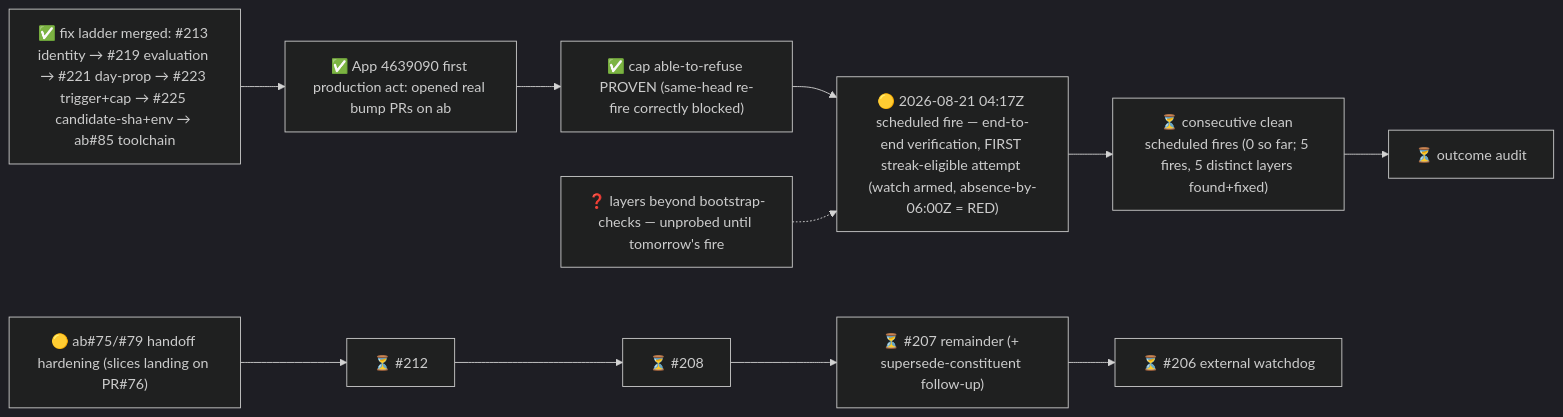
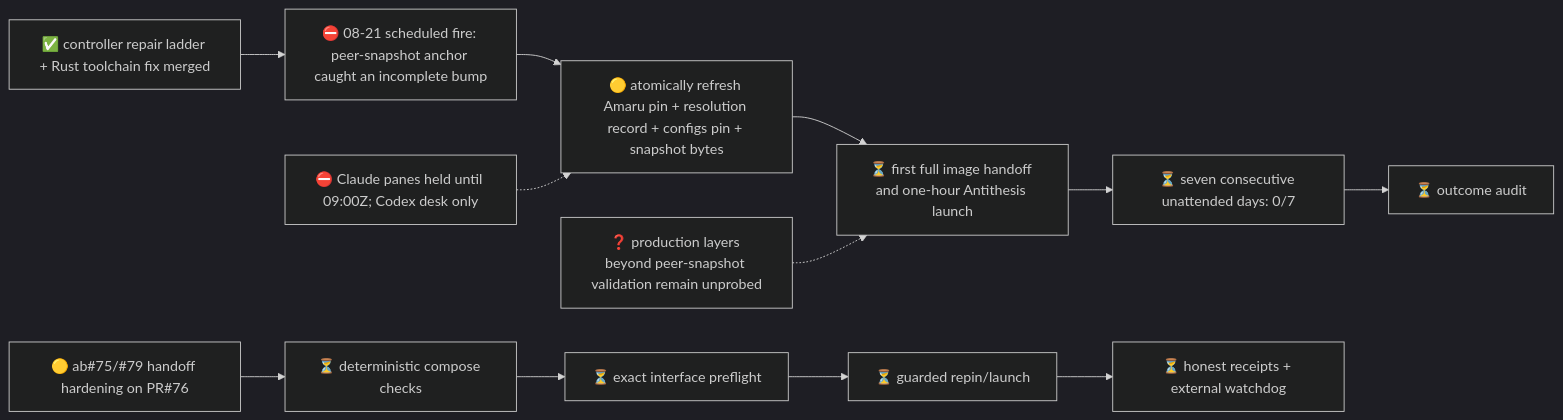
One commit to cardano-foundation/cardano-node-antithesis changed the diagram in .milestones/2/state.md. Above: the diagram before and after it, drawn with Mermaid (dark theme). The commit also changed other lines of this file and 6 other files, not shown here.

````diff
--- a/.milestones/2/state.md
+++ b/.milestones/2/state.md
@@ -6,9 +6,9 @@
 ```mermaid
 flowchart LR
-    fixes["✅ fix ladder merged: #213 identity → #219 evaluation → #221 day-prop → #223 trigger+cap → #225 candidate-sha+env → ab#85 toolchain"] --> app["✅ App 4639090 first production act: opened real bump PRs on ab"]
-    app --> cap["✅ cap able-to-refuse PROVEN (same-head re-fire correctly blocked)"]
-    cap --> fire3["🟡 2026-08-21 04:17Z scheduled fire — end-to-end verification, FIRST streak-eligible attempt (watch armed, absence-by-06:00Z = RED)"]
-    fire3 --> streak["⏳ consecutive clean scheduled fires (0 so far; 5 fires, 5 distinct layers found+fixed)"] --> audit["⏳ outcome audit"]
-    t75["🟡 ab#75/#79 handoff hardening (slices landing on PR#76)"] --> e212["⏳ #212"] --> e208["⏳ #208"] --> e207["⏳ #207 remainder (+ supersede-constituent follow-up)"] --> e206["⏳ #206 external watchdog"]
-    unknown["❓ layers beyond bootstrap-checks — unprobed until tomorrow's fire"] -.-> fire3
+    fixes["✅ controller repair ladder + Rust toolchain fix merged"] --> fire["⛔ 08-21 scheduled fire: peer-snapshot anchor caught an incomplete bump"]
+    fire --> snap["🟡 atomically refresh Amaru pin + resolution record + configs pin + snapshot bytes"]
+    snap --> launch["⏳ first full image handoff and one-hour Antithesis launch"] --> streak["⏳ seven consecutive unattended days: 0/7"] --> audit["⏳ outcome audit"]
+    t75["🟡 ab#75/#79 handoff hardening on PR#76"] --> e212["⏳ deterministic compose checks"] --> e208["⏳ exact interface preflight"] --> e207["⏳ guarded repin/launch"] --> e206["⏳ honest receipts + external watchdog"]
+    hold["⛔ Claude panes held until 09:00Z; Codex desk only"] -.-> snap
+    unknown["❓ production layers beyond peer-snapshot validation remain unprobed"] -.-> launch
 ```
````
